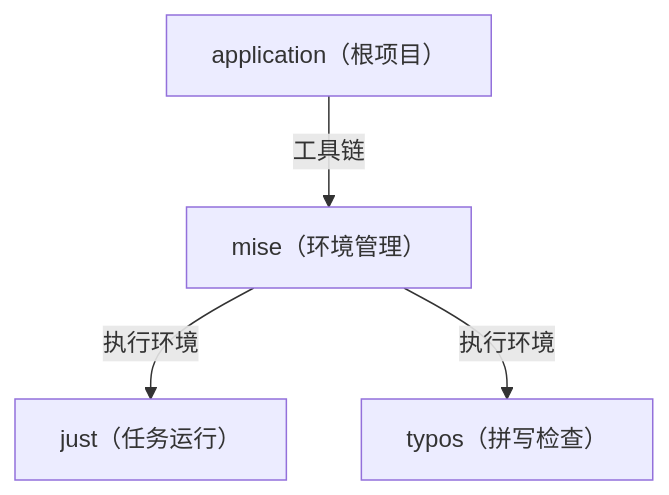
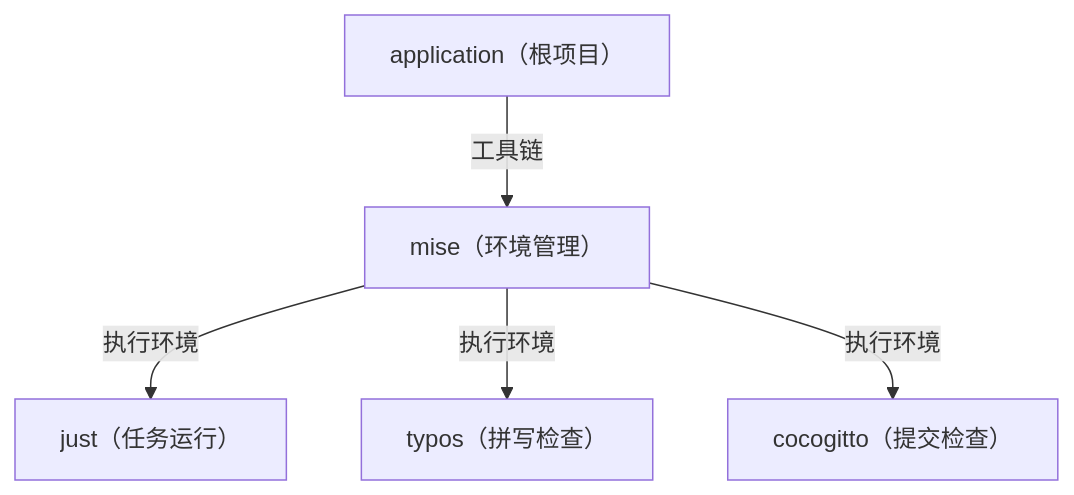
One commit to sweets-wtt/application changed the diagram in README.md. Above: the diagram before and after it, drawn with Mermaid. The commit also changed other lines of this file and 3 other files, not shown here.

````diff
--- a/README.md
+++ b/README.md
@@ -10,7 +10,8 @@
 ```mermaid
 flowchart TD
     application["application（根项目）"]
     application -->|工具链| mise["mise（环境管理）"]
     mise -->|执行环境| just["just（任务运行）"]
     mise -->|执行环境| typos["typos（拼写检查）"]
+    mise -->|执行环境| cocogitto["cocogitto（提交检查）"]
 ```
````
